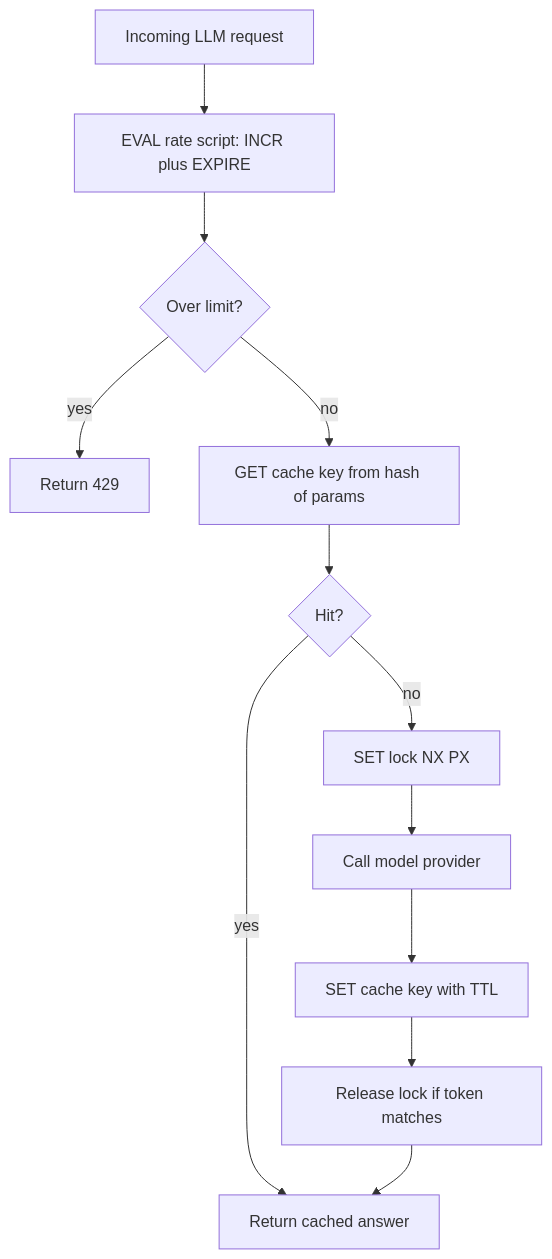
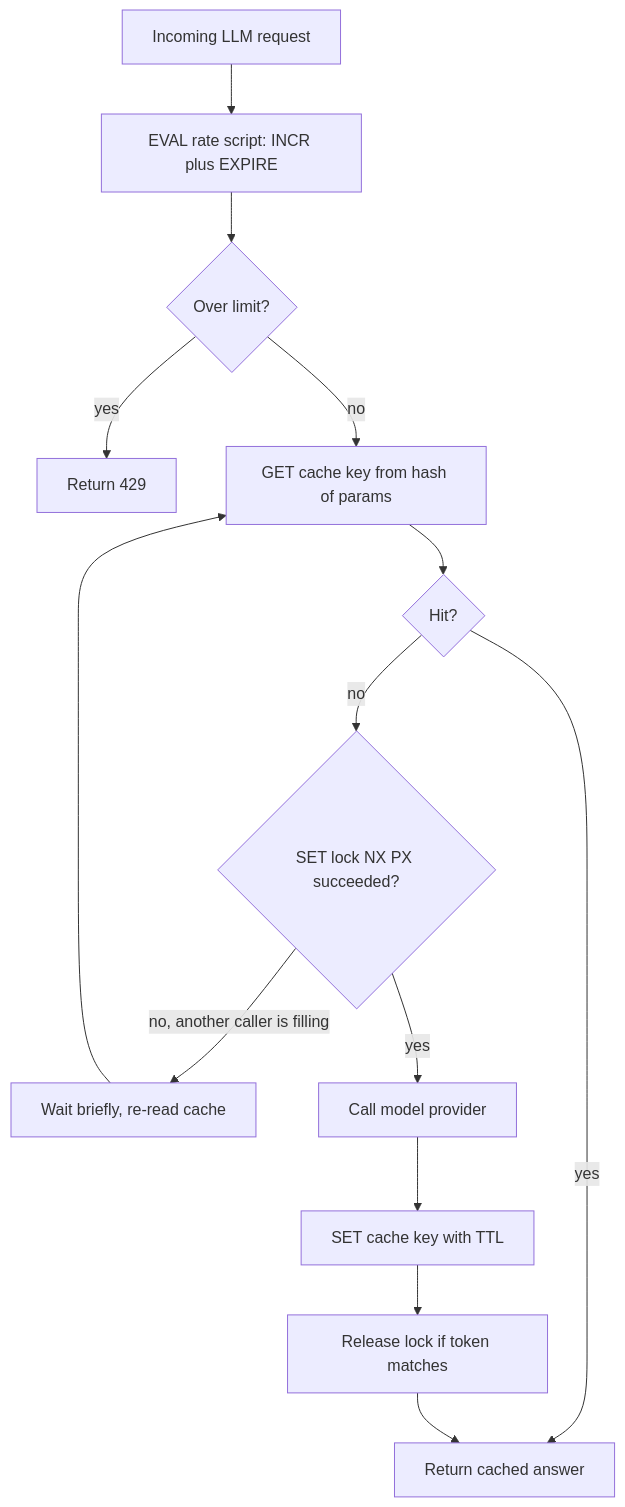
The diagram in content/backend-fundamentals/redis.md (lovishmahajan97/agentic-learning), drawn with Mermaid before and after one commit. The commit also changed other lines of this file and 213 other files, not shown here.

````diff
--- a/content/backend-fundamentals/redis.md
+++ b/content/backend-fundamentals/redis.md
@@ -135,14 +135,16 @@
 ```mermaid
 flowchart TD
     R["Incoming LLM request"] --> RL["EVAL rate script: INCR plus EXPIRE"]
     RL --> O{"Over limit?"}
     O -->|"yes"| X["Return 429"]
     O -->|"no"| G["GET cache key from hash of params"]
     G --> H{"Hit?"}
     H -->|"yes"| A["Return cached answer"]
-    H -->|"no"| L["SET lock NX PX"]
-    L --> M["Call model provider"]
+    H -->|"no"| L{"SET lock NX PX succeeded?"}
+    L -->|"no, another caller is filling"| W["Wait briefly, re-read cache"]
+    W --> G
+    L -->|"yes"| M["Call model provider"]
     M --> S["SET cache key with TTL"]
     S --> U["Release lock if token matches"]
     U --> A
 ```
````
